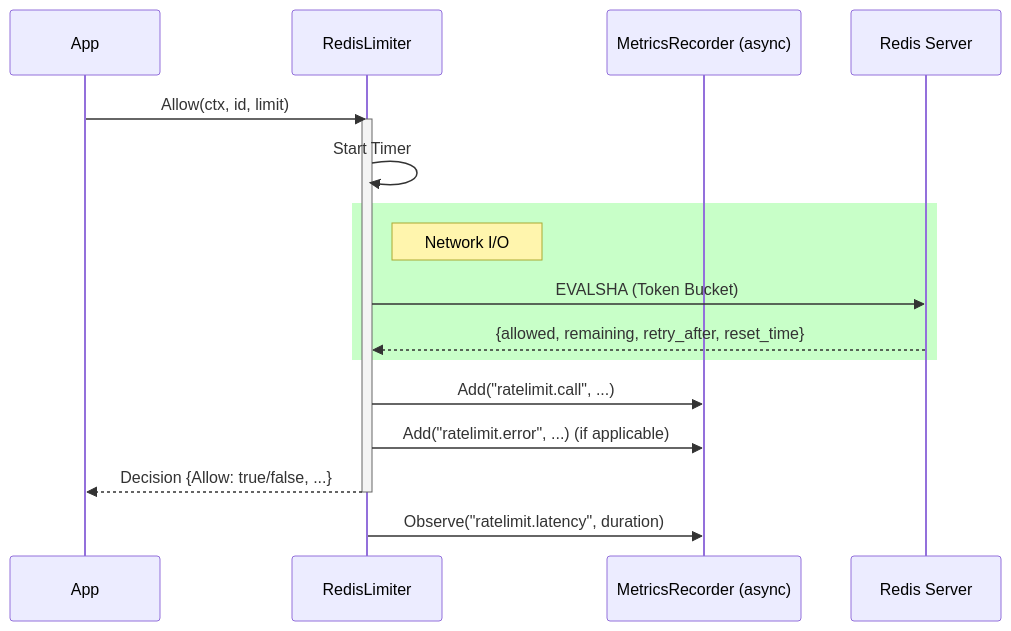
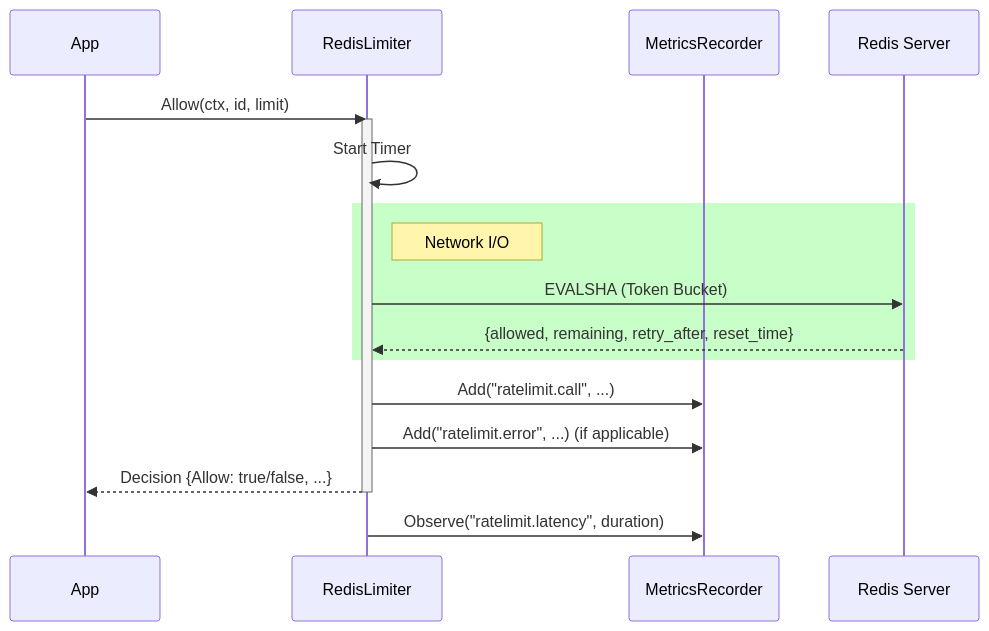
One commit to manenim/gateway-rate-limiter changed the diagram in docs/sequence.md. Above: the diagram before and after it, drawn with Mermaid. The commit also changed 3 other files, not shown here.

````diff
--- a/docs/sequence.md
+++ b/docs/sequence.md
@@ -5,27 +5,27 @@
 ```mermaid
 sequenceDiagram
     participant App
     participant Limiter as RedisLimiter
-    participant Metrics as MetricsRecorder (async)
+    participant Metrics as MetricsRecorder
     participant Redis as Redis Server
     
     App->>Limiter: Allow(ctx, id, limit)
     activate Limiter
     
     Limiter->>Limiter: Start Timer
     
     rect rgb(200, 255, 200)
     Note right of Limiter: Network I/O
     Limiter->>Redis: EVALSHA (Token Bucket)
     
     Redis-->>Limiter: {allowed, remaining, retry_after, reset_time}
     end
     
     Limiter->>Metrics: Add("ratelimit.call", ...)
     Limiter->>Metrics: Add("ratelimit.error", ...) (if applicable)
     
     Limiter-->>App: Decision {Allow: true/false, ...}
     
     deactivate Limiter
     Limiter->>Metrics: Observe("ratelimit.latency", duration)
 ```
````
